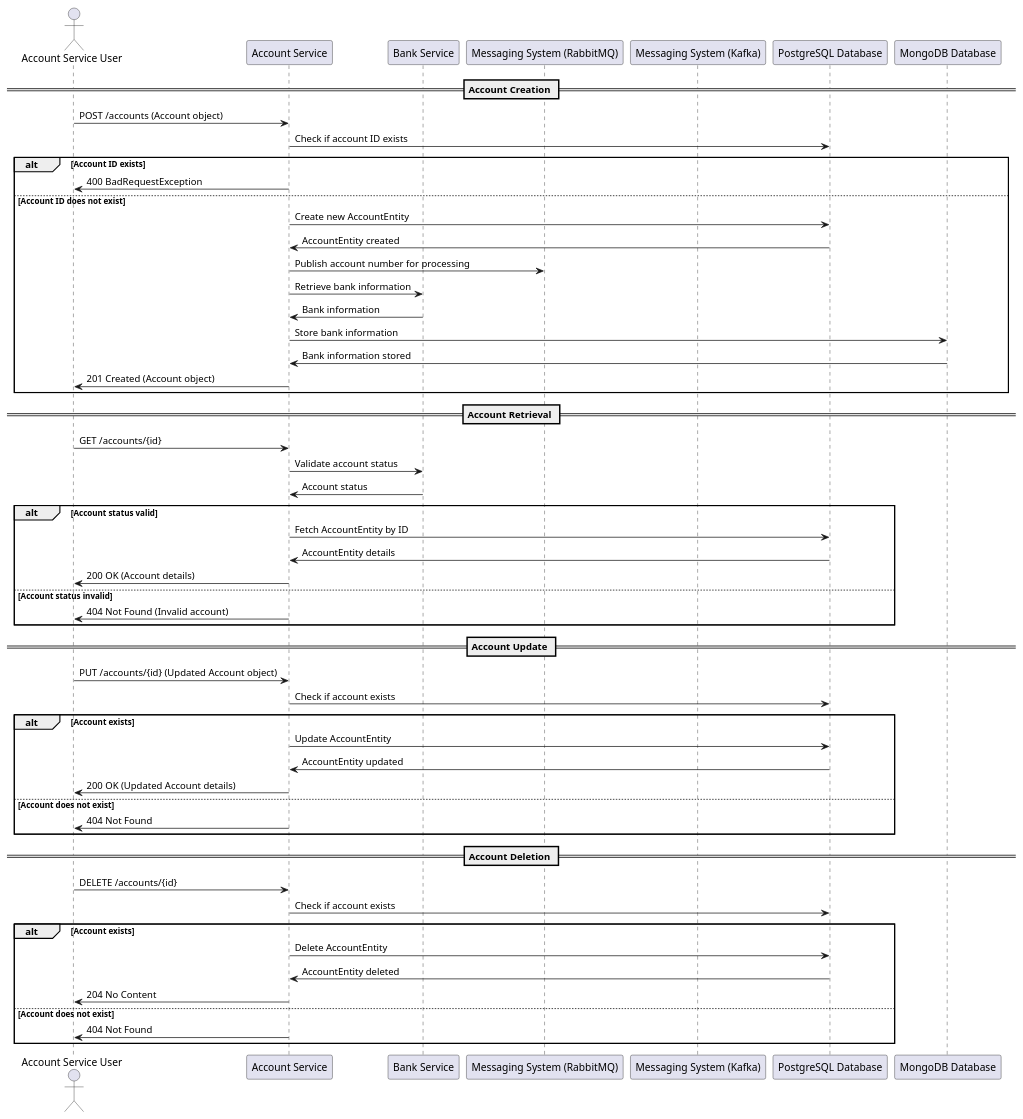
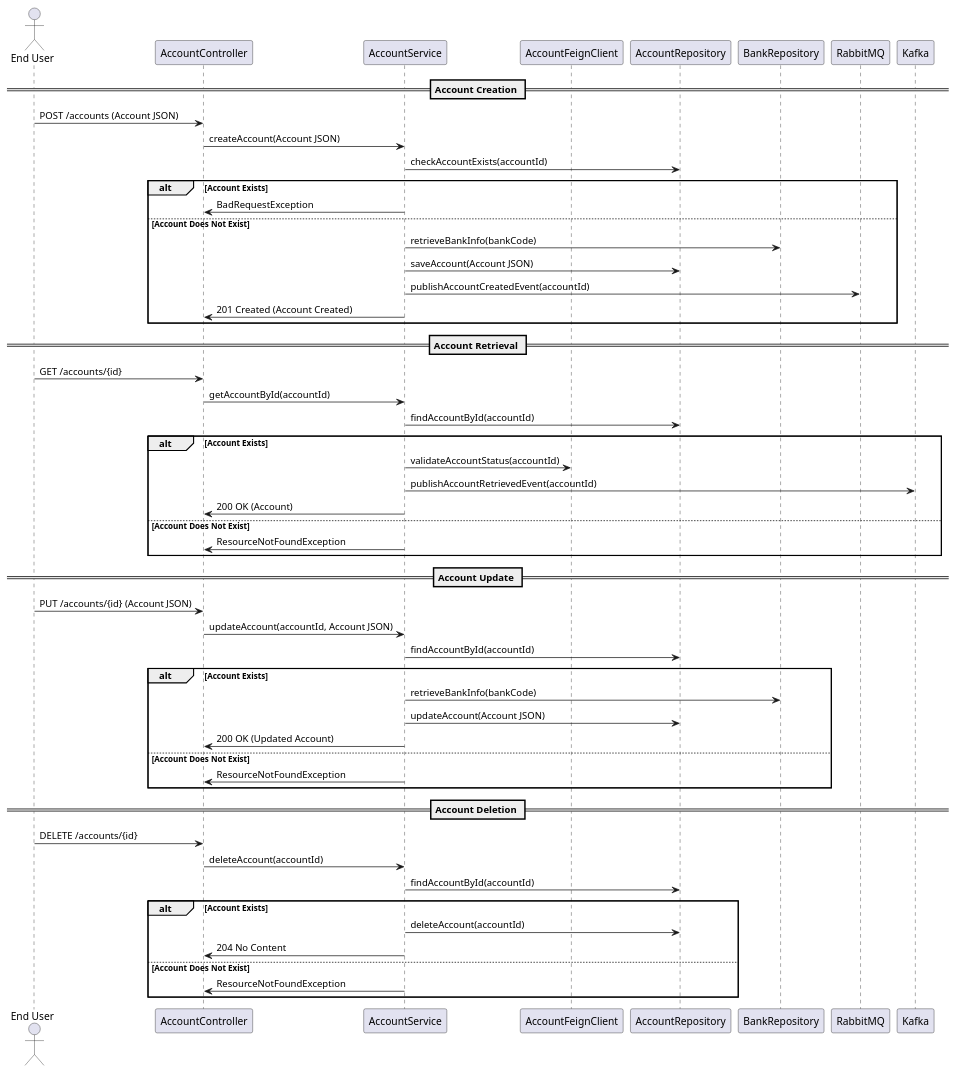
One commit to Bhaskar-Pavan/AccountService changed the diagram in design_document/Account_service.md. Above: the diagram before and after it, drawn with PlantUML. The commit also changed other lines of this file, not shown here.

````diff
--- a/design_document/Account_service.md
+++ b/design_document/Account_service.md
@@ -38,62 +46,61 @@
 ```plantuml
 @startuml
-actor "Account Service User" as User
-participant "Account Service" as Service
-participant "Bank Service" as BankService
-participant "Messaging System (RabbitMQ)" as RabbitMQ
-participant "Messaging System (Kafka)" as Kafka
-participant "PostgreSQL Database" as PostgreSQL
-participant "MongoDB Database" as MongoDB
+actor "End User" as User
+participant "AccountController" as Controller
+participant "AccountService" as Service
+participant "AccountFeignClient" as FeignClient
+participant "AccountRepository" as AccountRepo
+participant "BankRepository" as BankRepo
+participant "RabbitMQ" as RabbitMQ
+participant "Kafka" as Kafka
 
 == Account Creation ==
-User -> Service : POST /accounts (Account object)
-Service -> PostgreSQL : Check if account ID exists
-alt Account ID exists
-    Service -> User : 400 BadRequestException
-else Account ID does not exist
-    Service -> PostgreSQL : Create new AccountEntity
-    PostgreSQL -> Service : AccountEntity created
-    Service -> RabbitMQ : Publish account number for processing
-    Service -> BankService : Retrieve bank information
-    BankService -> Service : Bank information
-    Service -> MongoDB : Store bank information
-    MongoDB -> Service : Bank information stored
-    Service -> User : 201 Created (Account object)
+User -> Controller: POST /accounts (Account JSON)
+Controller -> Service: createAccount(Account JSON)
+Service -> AccountRepo: checkAccountExists(accountId)
+alt Account Exists
+    Service -> Controller: BadRequestException
+else Account Does Not Exist
+    Service -> BankRepo: retrieveBankInfo(bankCode)
+    Service -> AccountRepo: saveAccount(Account JSON)
+    Service -> RabbitMQ: publishAccountCreatedEvent(accountId)
+    Service -> Controller: 201 Created (Account Created)
 end
 
 == Account Retrieval ==
-User -> Service : GET /accounts/{id}
-Service -> BankService : Validate account status
-BankService -> Service : Account status
-alt Account status valid
-    Service -> PostgreSQL : Fetch AccountEntity by ID
-    PostgreSQL -> Service : AccountEntity details
-    Service -> User : 200 OK (Account details)
-else Account status invalid
-    Service -> User : 404 Not Found (Invalid account)
+User -> Controller: GET /accounts/{id}
+Controller -> Service: getAccountById(accountId)
+Service -> AccountRepo: findAccountById(accountId)
+alt Account Exists
+    Service -> FeignClient: validateAccountStatus(accountId)
+    Service -> Kafka: publishAccountRetrievedEvent(accountId)
+    Service -> Controller: 200 OK (Account)
+else Account Does Not Exist
+    Service -> Controller: ResourceNotFoundException
 end
 
 == Account Update ==
-User -> Service : PUT /accounts/{id} (Updated Account object)
-Service -> PostgreSQL : Check if account exists
-alt Account exists
-    Service -> PostgreSQL : Update AccountEntity
-    PostgreSQL -> Service : AccountEntity updated
-    Service -> User : 200 OK (Updated Account details)
-else Account does not exist
-    Service -> User : 404 Not Found
+User -> Controller: PUT /accounts/{id} (Account JSON)
+Controller -> Service: updateAccount(accountId, Account JSON)
+Service -> AccountRepo: findAccountById(accountId)
+alt Account Exists
+    Service -> BankRepo: retrieveBankInfo(bankCode)
+    Service -> AccountRepo: updateAccount(Account JSON)
+    Service -> Controller: 200 OK (Updated Account)
+else Account Does Not Exist
+    Service -> Controller: ResourceNotFoundException
 end
 
 == Account Deletion ==
-User -> Service : DELETE /accounts/{id}
-Service -> PostgreSQL : Check if account exists
-alt Account exists
-    Service -> PostgreSQL : Delete AccountEntity
-    PostgreSQL -> Service : AccountEntity deleted
-    Service -> User : 204 No Content
-else Account does not exist
-    Service -> User : 404 Not Found
+User -> Controller: DELETE /accounts/{id}
+Controller -> Service: deleteAccount(accountId)
+Service -> AccountRepo: findAccountById(accountId)
+alt Account Exists
+    Service -> AccountRepo: deleteAccount(accountId)
+    Service -> Controller: 204 No Content
+else Account Does Not Exist
+    Service -> Controller: ResourceNotFoundException
 end
 
 @enduml
 ```
````
